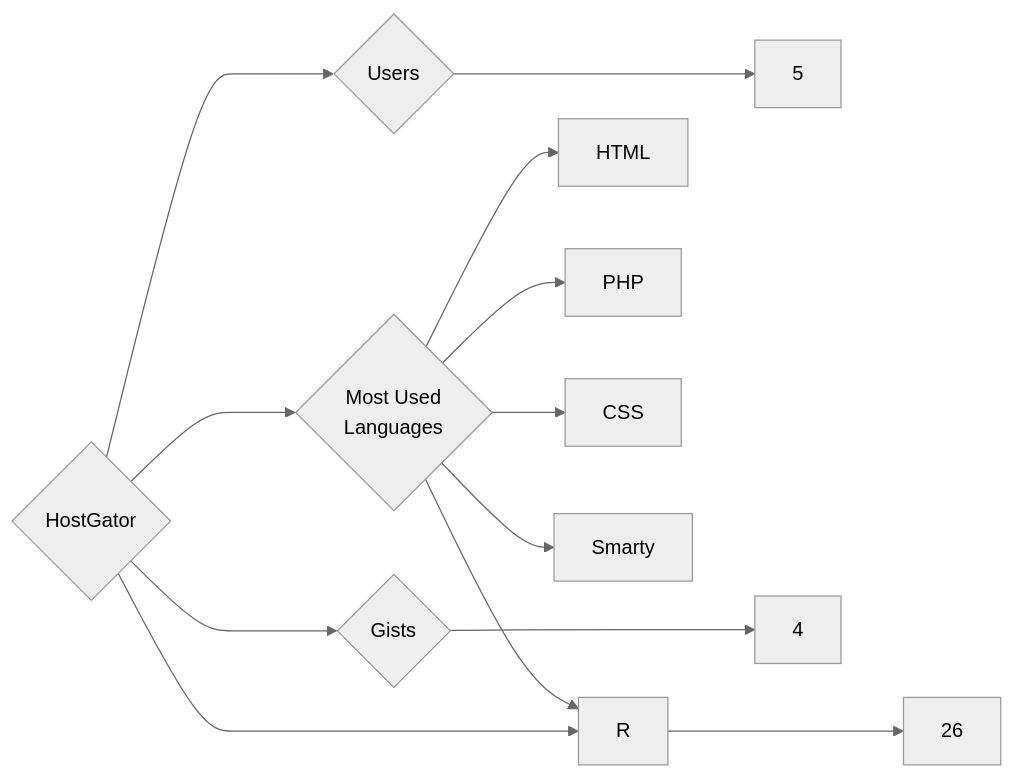
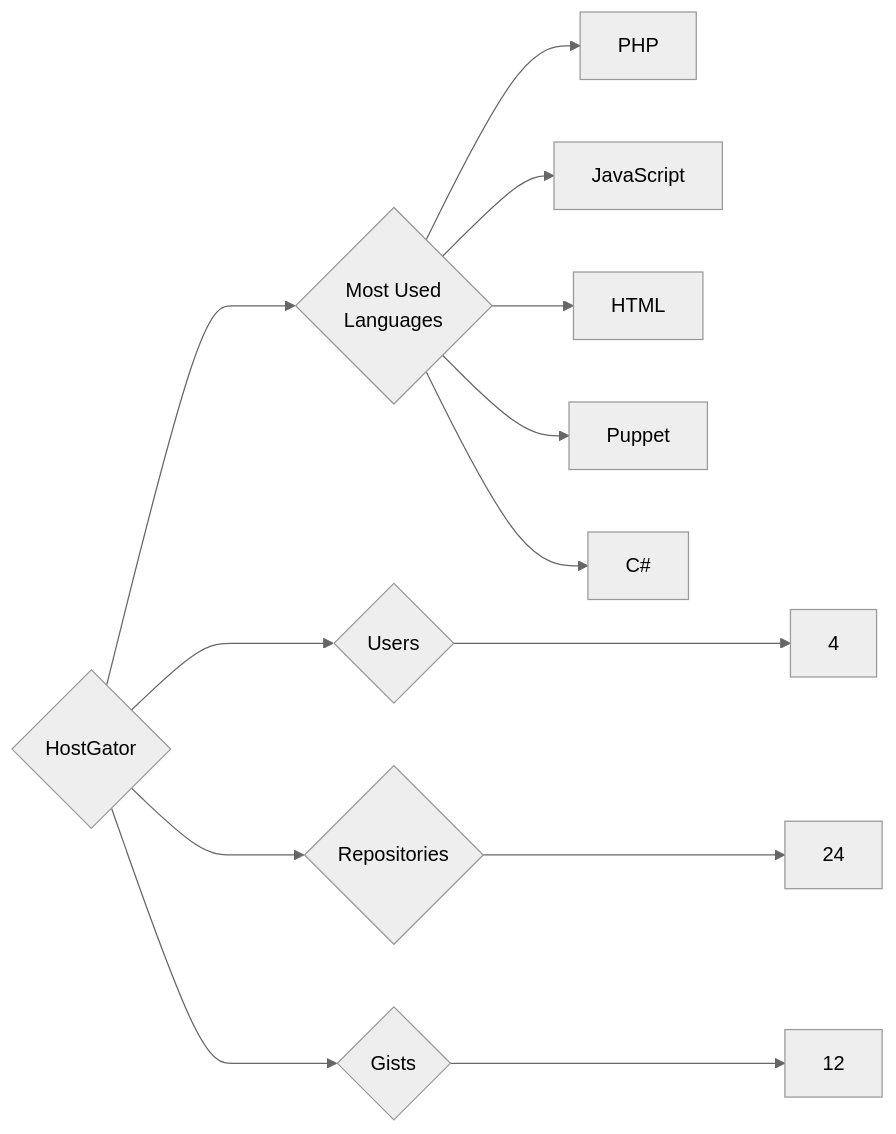
The diagram in targets/HostGator/README.md (trickest/insiders), drawn with Mermaid (neutral theme) before and after one commit. The commit also changed 618 other files, not shown here.

````diff
--- a/targets/HostGator/README.md
+++ b/targets/HostGator/README.md
@@ -3,13 +3,13 @@
 ```mermaid
 graph LR
 COMPANY_NAME{HostGator}
-COMPANY_NAME ---> U{Users} ---> UN[5]
-COMPANY_NAME ---> R{Repositories} ---> RN[26]
-COMPANY_NAME ---> G{Gists} ---> GN[4]
+COMPANY_NAME ---> U{Users} ---> UN[4]
+COMPANY_NAME ---> R{Repositories} ---> RN[24]
+COMPANY_NAME ---> G{Gists} ---> GN[12]
 COMPANY_NAME ---> ML{Most Used<br>Languages}
+ML --> PHP[PHP]
+ML --> JavaScript[JavaScript]
 ML --> HTML[HTML]
-ML --> R[R]
-ML --> PHP[PHP]
-ML --> CSS[CSS]
-ML --> Smarty[Smarty]
+ML --> Puppet[Puppet]
+ML --> C#[C#]
 ```
````
